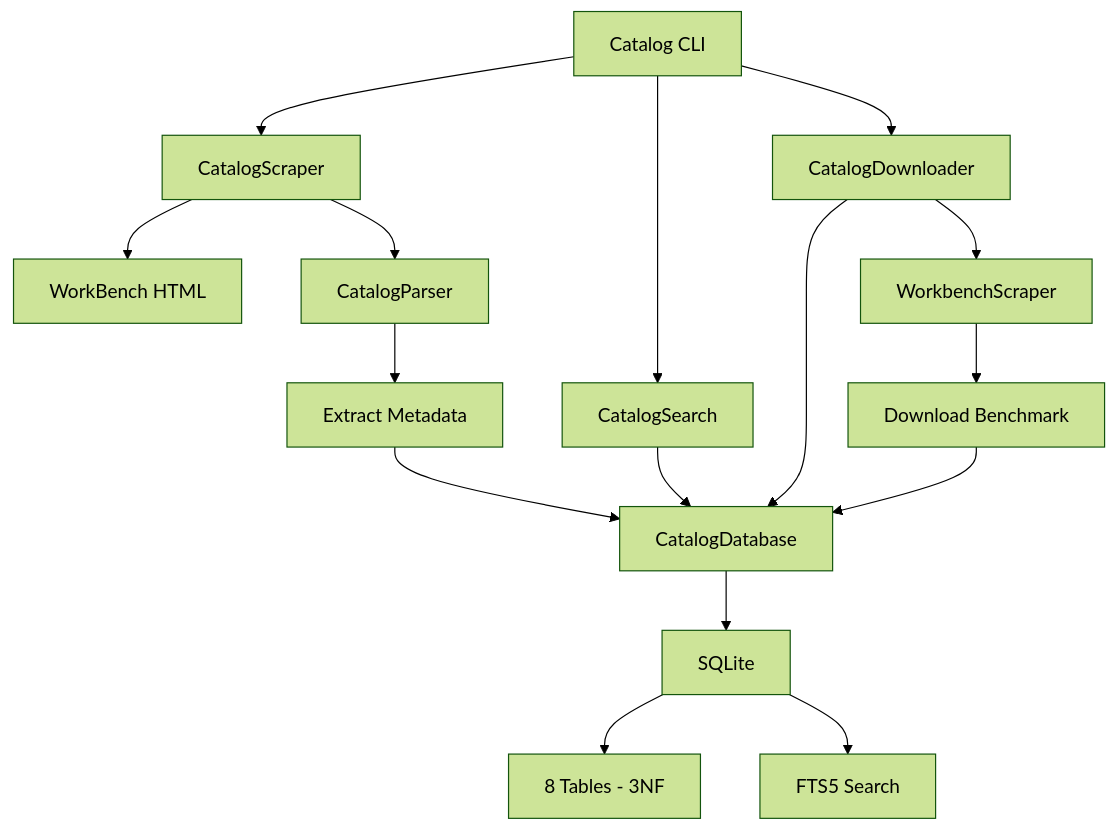
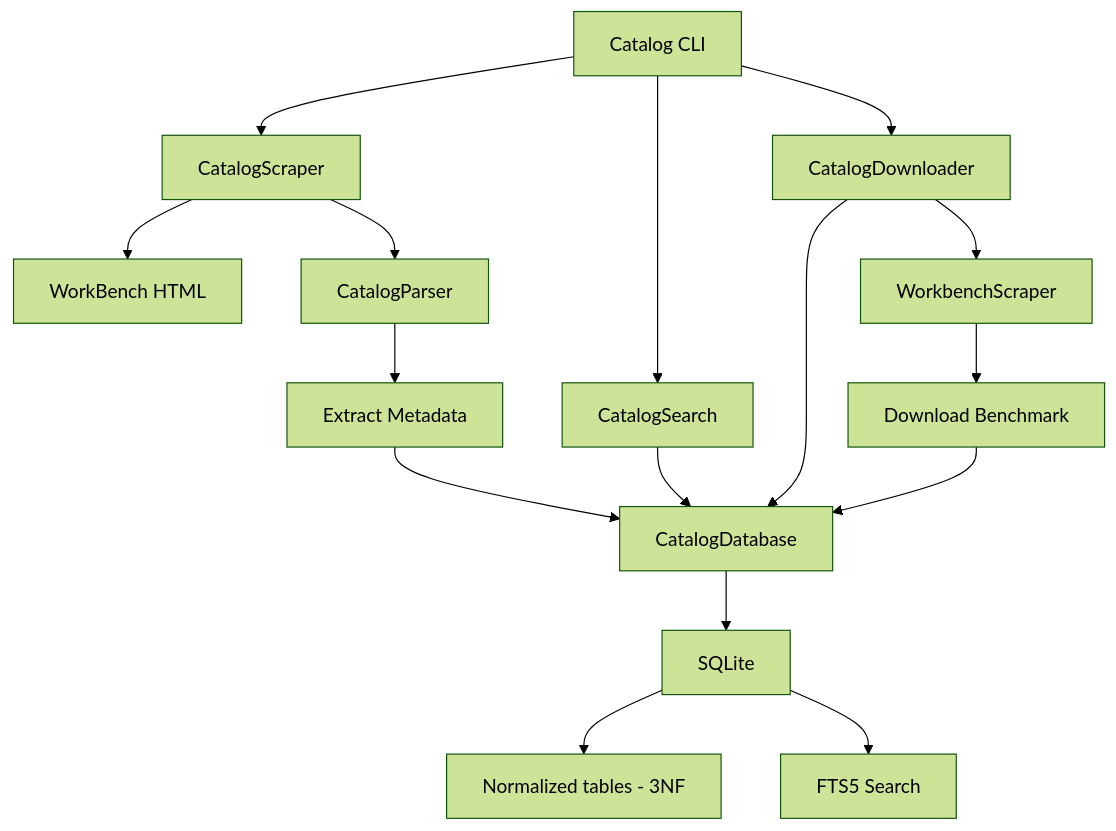
The sixth of 13 diagrams in docs/developer-guide/architecture.md (mitre/cis-bench), drawn with Mermaid (forest theme) before and after one commit. The commit also changed 2 other files, not shown here.

Commit message:
fix(catalog): a listing row cannot overwrite the page metadata on a catalog row
insert_benchmark kept published_date and description from a listing row,
since the release's page owns them, but copied the seven new page columns.
The columns the page owns are now one set (_PAGE_COLUMNS), and the keys the
update does not copy are that set plus the ones it sets itself.

The architecture flowchart no longer counts the catalog's tables.

Authored by: Aaron Lippold<lippold@gmail.com>

````diff
--- a/docs/developer-guide/architecture.md
+++ b/docs/developer-guide/architecture.md
@@ -218,21 +218,21 @@
 ```mermaid
 graph TD
 A[Catalog CLI] --> B[CatalogSearch]
 A --> C[CatalogScraper]
 A --> D[CatalogDownloader]
 
 C --> E[WorkBench HTML]
 C --> F[CatalogParser]
 F --> G[Extract Metadata]
 
 G --> H[CatalogDatabase]
 H --> I[SQLite]
-I --> J[8 Tables - 3NF]
+I --> J[Normalized tables - 3NF]
 I --> K[FTS5 Search]
 
 B --> H
 D --> H
 D --> L[WorkbenchScraper]
 L --> M[Download Benchmark]
 M --> H
 ```
````
